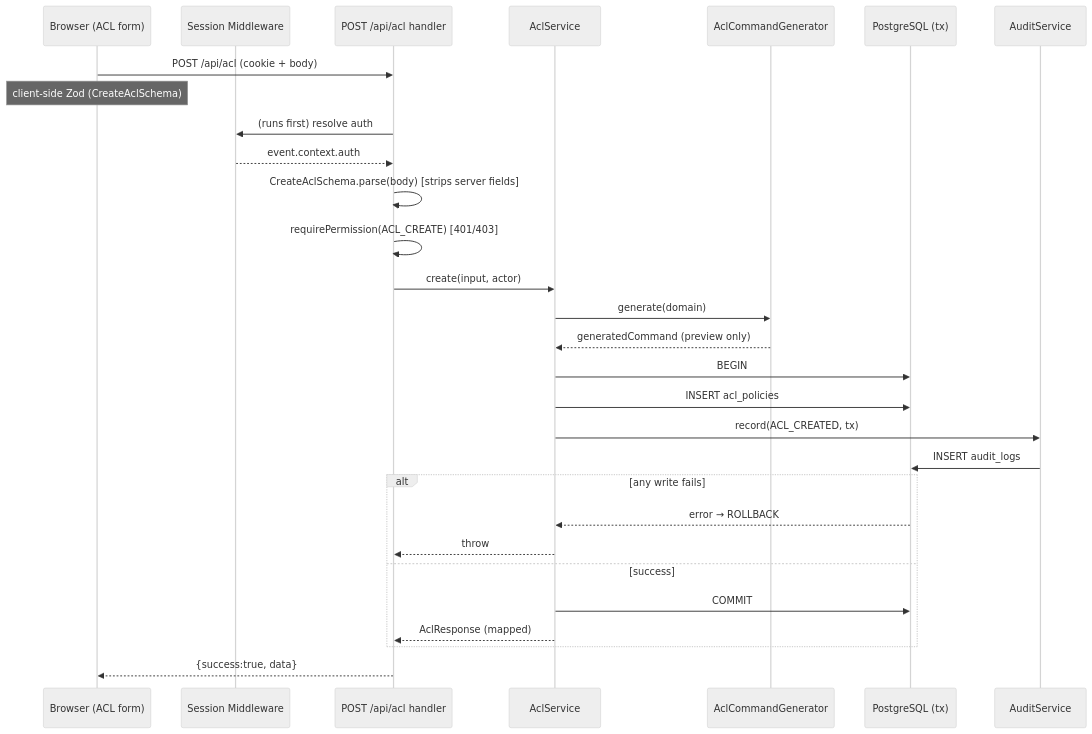
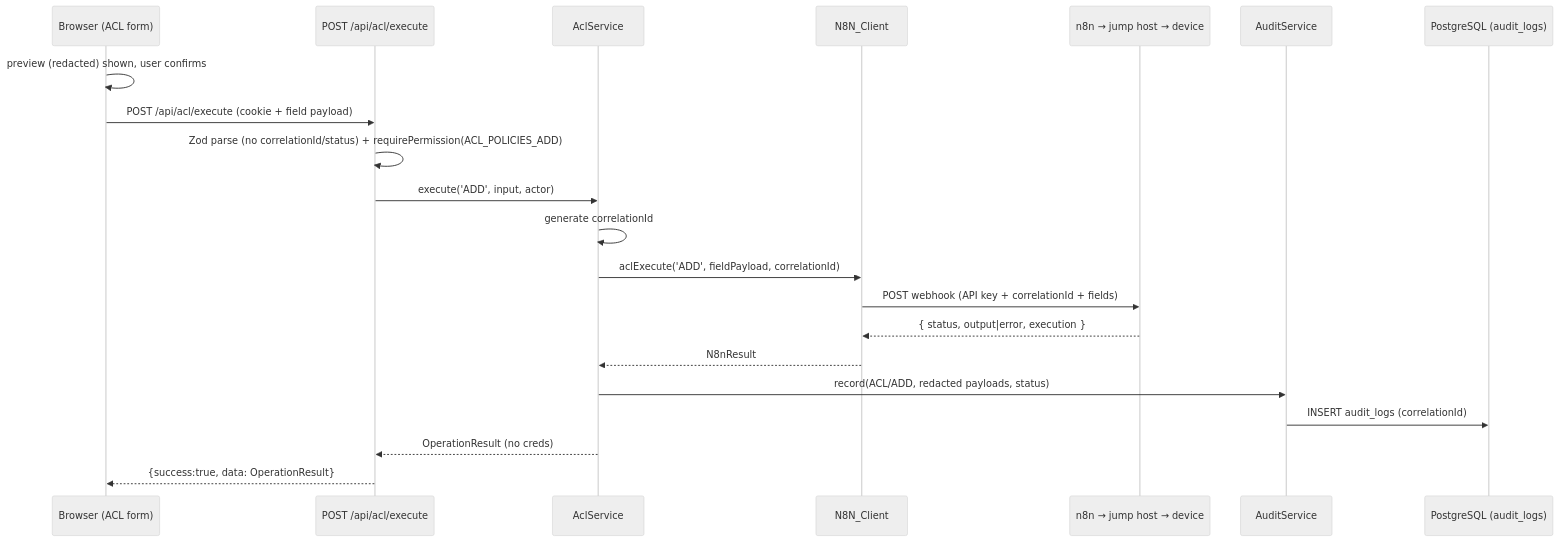
Before and after one commit to DavidNath4/netops-policy: the second of 2 diagrams in .kiro/specs/netops-policy-manager/design.md, drawn with Mermaid (neutral theme). The commit also changed other lines of this file and 59 other files, not shown here.

````diff
--- a/.kiro/specs/netops-policy-manager/design.md
+++ b/.kiro/specs/netops-policy-manager/design.md
@@ -839,32 +883,24 @@
 ```mermaid
 sequenceDiagram
     participant U as Browser (ACL form)
-    participant M as Session Middleware
-    participant H as POST /api/acl handler
+    participant H as POST /api/acl/execute
     participant S as AclService
-    participant G as AclCommandGenerator
-    participant DB as PostgreSQL (tx)
+    participant N as N8N_Client
+    participant E as n8n → jump host → device
     participant A as AuditService
+    participant DB as PostgreSQL (audit_logs)
 
-    U->>H: POST /api/acl (cookie + body)
-    Note over U: client-side Zod (CreateAclSchema)
-    H->>M: (runs first) resolve auth
-    M-->>H: event.context.auth
-    H->>H: CreateAclSchema.parse(body)  [strips server fields]
-    H->>H: requirePermission(ACL_CREATE)  [401/403]
-    H->>S: create(input, actor)
-    S->>G: generate(domain)
-    G-->>S: generatedCommand (preview only)
-    S->>DB: BEGIN
-    S->>DB: INSERT acl_policies
-    S->>A: record(ACL_CREATED, tx)
-    A->>DB: INSERT audit_logs
-    alt any write fails
-        DB-->>S: error → ROLLBACK
-        S-->>H: throw
-    else success
-        S->>DB: COMMIT
-        S-->>H: AclResponse (mapped)
-    end
-    H-->>U: {success:true, data}
+    U->>U: preview (redacted) shown, user confirms
+    U->>H: POST /api/acl/execute (cookie + field payload)
+    H->>H: Zod parse (no correlationId/status) + requirePermission(ACL_POLICIES_ADD)
+    H->>S: execute('ADD', input, actor)
+    S->>S: generate correlationId
+    S->>N: aclExecute('ADD', fieldPayload, correlationId)
+    N->>E: POST webhook (API key + correlationId + fields)
+    E-->>N: { status, output|error, execution }
+    N-->>S: N8nResult
+    S->>A: record(ACL/ADD, redacted payloads, status)
+    A->>DB: INSERT audit_logs (correlationId)
+    S-->>H: OperationResult (no creds)
+    H-->>U: {success:true, data: OperationResult}
 ```
````
